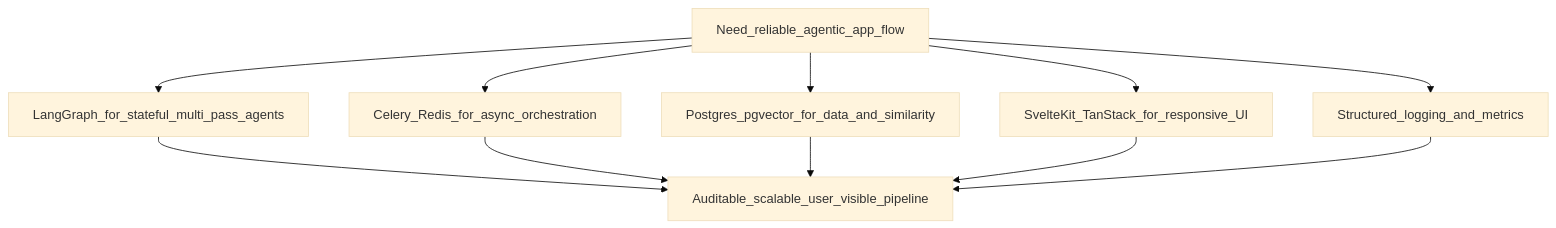
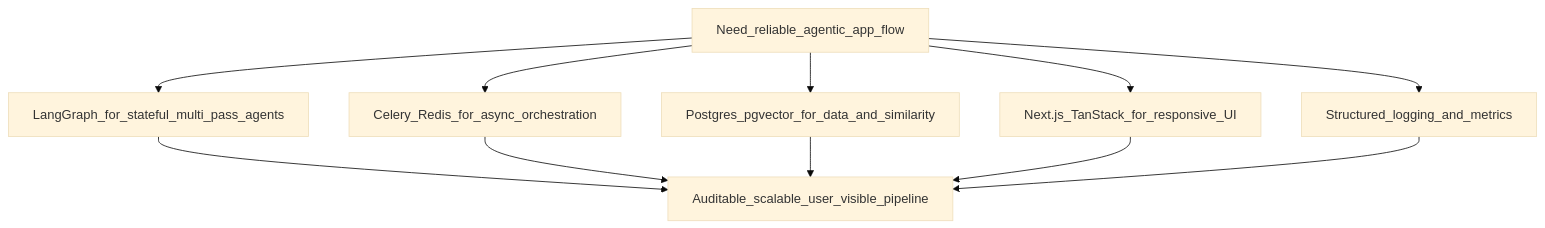
Before and after one commit to Gathondu/kaziro: the second of 4 diagrams in docs/presentation/kaziro-5-10min-slides.md, drawn with Mermaid (base theme). The commit also changed other lines of this file and 561 other files, not shown here.

````diff
--- a/docs/presentation/kaziro-5-10min-slides.md
+++ b/docs/presentation/kaziro-5-10min-slides.md
@@ -67,21 +67,21 @@
 ```mermaid
 flowchart TD
   problem[Need_reliable_agentic_app_flow]
   d1[LangGraph_for_stateful_multi_pass_agents]
   d2[Celery_Redis_for_async_orchestration]
   d3[Postgres_pgvector_for_data_and_similarity]
-  d4[SvelteKit_TanStack_for_responsive_UI]
+  d4[Next.js_TanStack_for_responsive_UI]
   d5[Structured_logging_and_metrics]
   outcome[Auditable_scalable_user_visible_pipeline]
 
   problem --> d1
   problem --> d2
   problem --> d3
   problem --> d4
   problem --> d5
   d1 --> outcome
   d2 --> outcome
   d3 --> outcome
   d4 --> outcome
   d5 --> outcome
 ```
````
